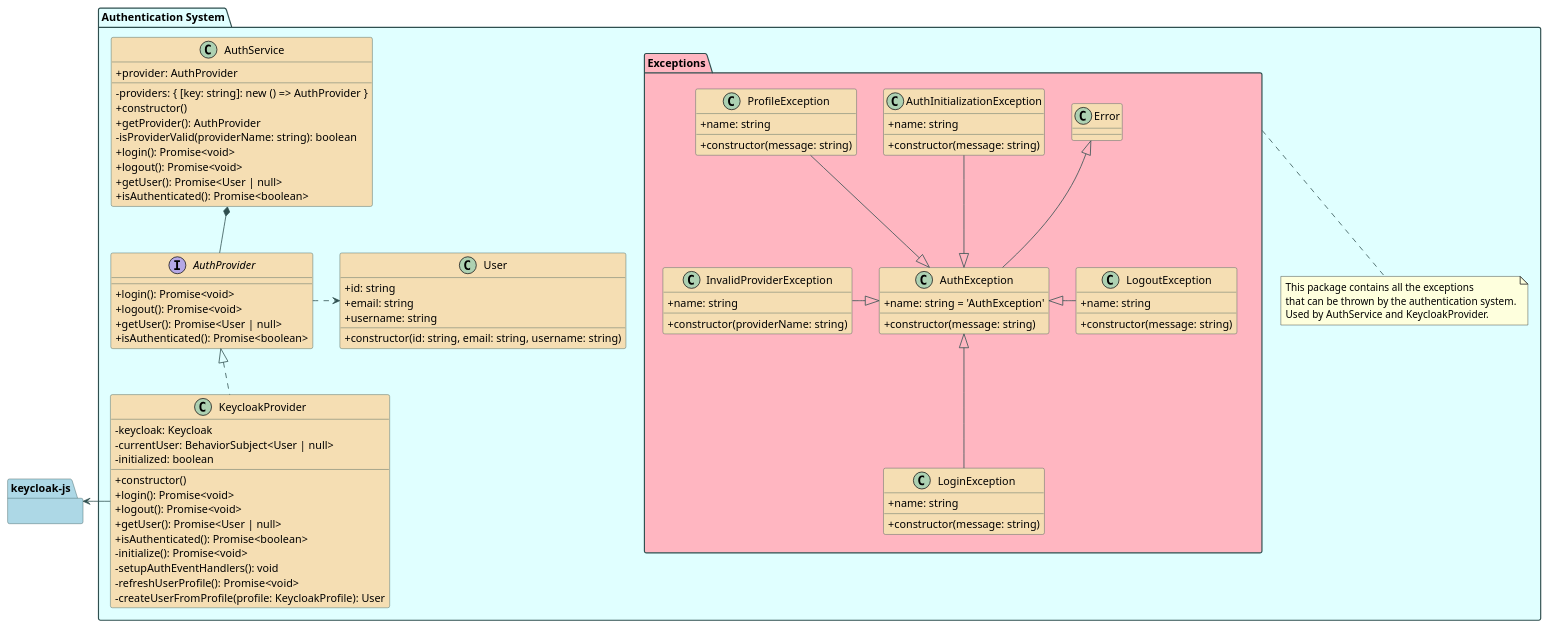
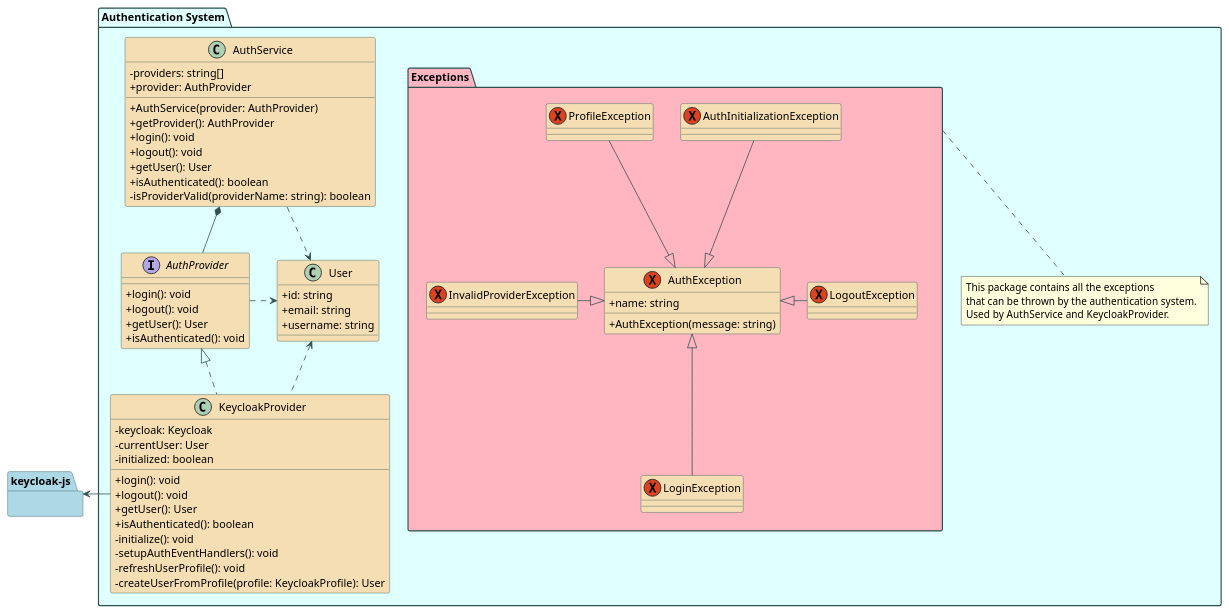
Before and after one commit to CPNV-ES-BI1-RIA2-ETL-INTERNAL-SOURCE/INTERNAL-SOURCE-FRONT-END: the diagram in doc/authentification/login-class.puml, drawn with PlantUML.

Commit message:
docs: refactor class diagram to be less code based

```diff
--- a/doc/authentification/login-class.puml
+++ b/doc/authentification/login-class.puml
@@ -1,118 +1,100 @@
 @startuml login-class
 
 ' Color scheme
 skinparam classAttributeIconSize 0
 skinparam backgroundColor white
 skinparam package {
   BackgroundColor LightCyan
   BorderColor DarkSlateGray
 }
 skinparam class {
   BackgroundColor Wheat
   BorderColor DarkSlateGray
   ArrowColor DarkSlateGray
 }
 skinparam interface {
   BackgroundColor PaleTurquoise
   BorderColor DarkSlateGray
 }
 
-' External library
 package "keycloak-js" #LightBlue {}
 
-' Our authentication system
 package "Authentication System" {
 
 interface AuthProvider {
-  + login(): Promise<void>
-  + logout(): Promise<void>
-  + getUser(): Promise<User | null>
-  + isAuthenticated(): Promise<boolean>
+  + login(): void
+  + logout(): void
+  + getUser(): User
+  + isAuthenticated(): void
 }
 
 class User {
   + id: string
   + email: string
   + username: string
-  + constructor(id: string, email: string, username: string)
 }
 
 class KeycloakProvider {
   - keycloak: Keycloak
-  - currentUser: BehaviorSubject<User | null>
+  - currentUser: User
   - initialized: boolean
-  + constructor()
-  + login(): Promise<void>
-  + logout(): Promise<void>
-  + getUser(): Promise<User | null>
-  + isAuthenticated(): Promise<boolean>
-  - initialize(): Promise<void>
+  + login(): void
+  + logout(): void
+  + getUser(): User
+  + isAuthenticated(): boolean
+  - initialize(): void
   - setupAuthEventHandlers(): void
-  - refreshUserProfile(): Promise<void>
+  - refreshUserProfile(): void
   - createUserFromProfile(profile: KeycloakProfile): User
 }
 
 class AuthService {
-  - providers: { [key: string]: new () => AuthProvider }
+  - providers: string[]
   + provider: AuthProvider
-  + constructor()
+  + AuthService(provider: AuthProvider)
   + getProvider(): AuthProvider
+  + login(): void
+  + logout(): void
+  + getUser(): User
+  + isAuthenticated(): boolean
   - isProviderValid(providerName: string): boolean
-  + login(): Promise<void>
-  + logout(): Promise<void>
-  + getUser(): Promise<User | null>
-  + isAuthenticated(): Promise<boolean>
 }
 
-' Exception hierarchy
 package "Exceptions" #LightPink {  
-  class AuthException extends Error {
-    + name: string = 'AuthException'
-    + constructor(message: string)
+  Exception AuthException {
+    + name: string
+    + AuthException(message: string)
   }
   
-  class AuthInitializationException {
-    + name: string
-    + constructor(message: string)
+  Exception AuthInitializationException {
   }
   
-  class LoginException {
-    + name: string
-    + constructor(message: string)
-  }
+  Exception LoginException {}
   
-  class LogoutException {
-    + name: string
-    + constructor(message: string)
-  }
+  Exception LogoutException {}
   
-  class ProfileException {
-    + name: string
-    + constructor(message: string)
-  }
+  Exception ProfileException {}
   
-  class InvalidProviderException {
-    + name: string
-    + constructor(providerName: string)
-  }
+  Exception InvalidProviderException {}
 }
 
-' Relationships with cardinality
 AuthService *-down- AuthProvider
 KeycloakProvider .up.|> AuthProvider
 AuthProvider .right.> User
 KeycloakProvider -left-> "keycloak-js"
 
 note bottom of "Exceptions"
   This package contains all the exceptions 
   that can be thrown by the authentication system.
   Used by AuthService and KeycloakProvider.
 end note
 
 LoginException -up-|> AuthException
 LogoutException -left-|> AuthException
 ProfileException -down-|> AuthException
 InvalidProviderException -right-|> AuthException
 AuthInitializationException -down-|> AuthException
+AuthService .down.> User
+KeycloakProvider .up.> User
 
 @enduml
```
